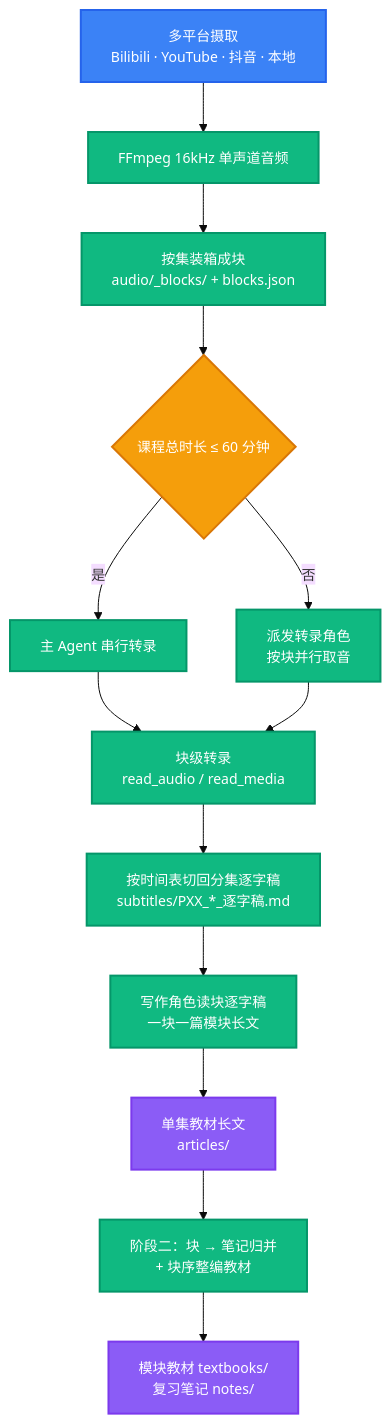
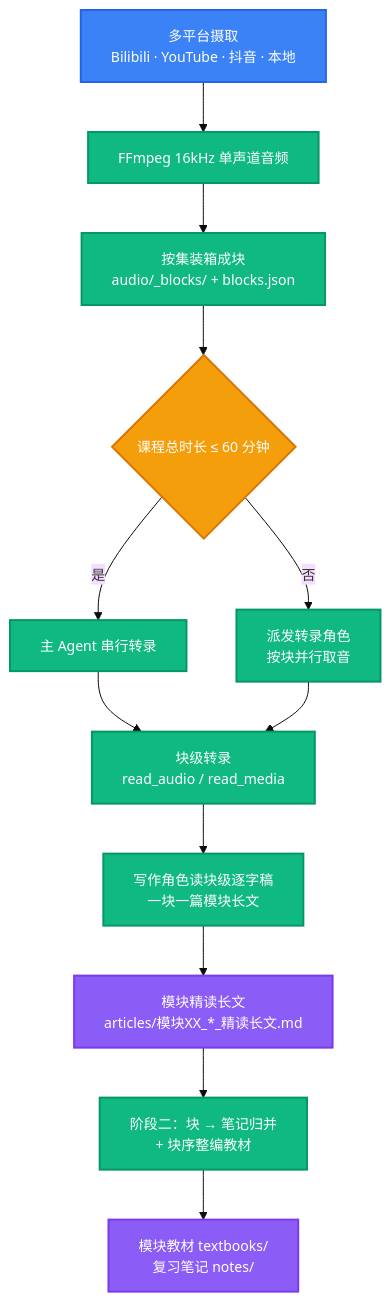
The diagram in README.md (LINJIANG12/video2book), drawn with Mermaid before and after one commit. The commit also changed other lines of this file and 12 other files, not shown here.

````diff
--- a/README.md
+++ b/README.md
@@ -166,26 +166,25 @@
 ```mermaid
 %%{init: {'theme': 'base', 'themeVariables': {'fontSize': '14px'}}}%%
 flowchart TD
     A[多平台摄取<br/>Bilibili · YouTube · 抖音 · 本地] --> B[FFmpeg 16kHz 单声道音频]
     B --> M[按集装箱成块<br/>audio/_blocks/ + blocks.json]
     M --> C{课程总时长 ≤ 60 分钟}
     C -->|是| D[主 Agent 串行转录]
     C -->|否| E[派发转录角色<br/>按块并行取音]
     D --> F[块级转录<br/>read_audio / read_media]
     E --> F
-    F --> S[按时间表切回分集逐字稿<br/>subtitles/PXX_*_逐字稿.md]
-    S --> W[写作角色读块逐字稿<br/>一块一篇模块长文]
-    W --> G[单集教材长文<br/>articles/]
+    F --> W[写作角色读块级逐字稿<br/>一块一篇模块长文]
+    W --> G[模块精读长文<br/>articles/模块XX_*_精读长文.md]
     G --> H[阶段二：块 → 笔记归并<br/>+ 块序整编教材]
     H --> I[模块教材 textbooks/<br/>复习笔记 notes/]
 
     classDef start fill:#3B82F6,stroke:#2563EB,color:#fff,stroke-width:2px
     classDef process fill:#10B981,stroke:#059669,color:#fff,stroke-width:2px
     classDef decision fill:#F59E0B,stroke:#D97706,color:#fff,stroke-width:2px
     classDef data fill:#8B5CF6,stroke:#7C3AED,color:#fff,stroke-width:2px
 
     class A start
     class B,M,D,E,F,S,W,H process
     class C decision
     class G,I data
 ```
````
